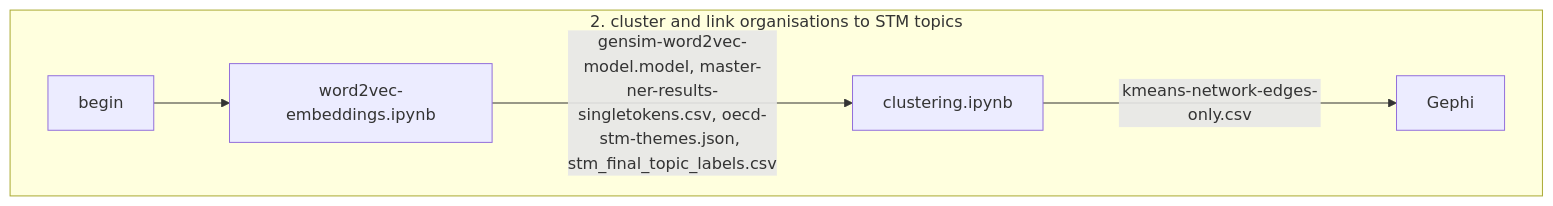
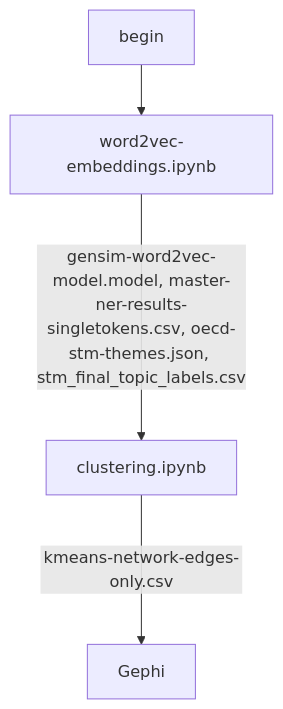
The second of 3 diagrams in README.md (disaster-capitalism/named-entities), drawn with Mermaid before and after one commit. The commit also changed other lines of this file, not shown here.

Commit message:
makes pipeline diagrams vertical

````diff
--- a/README.md
+++ b/README.md
@@ -134,6 +136,4 @@
 ```mermaid
 flowchart TB
-    subgraph "2. cluster and link organisations to STM topics"
     begin --> word2vec-embeddings.ipynb -- gensim-word2vec-model.model, master-ner-results-singletokens.csv, oecd-stm-themes.json, stm_final_topic_labels.csv ---> clustering.ipynb -- kmeans-network-edges-only.csv ---> Gephi
-    end
 ```
````
